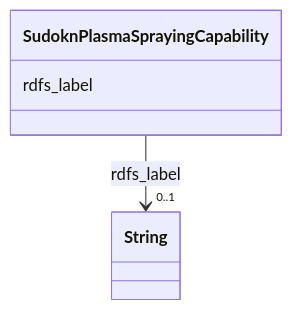
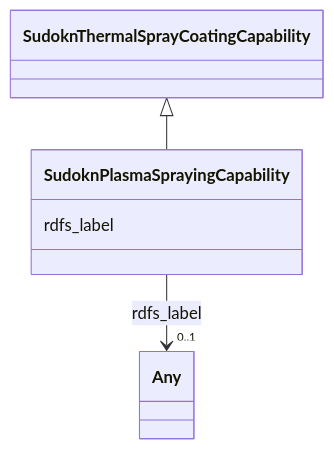
One commit to frink-okn/graph-descriptions changed the diagram in sudokn-kg/classes/SudoknPlasmaSprayingCapability.md. Above: the diagram before and after it, drawn with Mermaid. The commit also changed other lines of this file and 903 other files, not shown here.

````diff
--- a/sudokn-kg/classes/SudoknPlasmaSprayingCapability.md
+++ b/sudokn-kg/classes/SudoknPlasmaSprayingCapability.md
@@ -23,15 +18,18 @@
 ```mermaid
  classDiagram
     class SudoknPlasmaSprayingCapability
     click SudoknPlasmaSprayingCapability href "../SudoknPlasmaSprayingCapability"
+      SudoknThermalSprayCoatingCapability <|-- SudoknPlasmaSprayingCapability
+        click SudoknThermalSprayCoatingCapability href "../SudoknThermalSprayCoatingCapability"
+      
       SudoknPlasmaSprayingCapability : rdfs_label
         
           
     
     
-    SudoknPlasmaSprayingCapability --> "0..1" String : rdfs_label
-    click String href "../String"
+    SudoknPlasmaSprayingCapability --> "0..1" Any : rdfs_label
+    click Any href "../Any"
 
         
       
 ```
````
